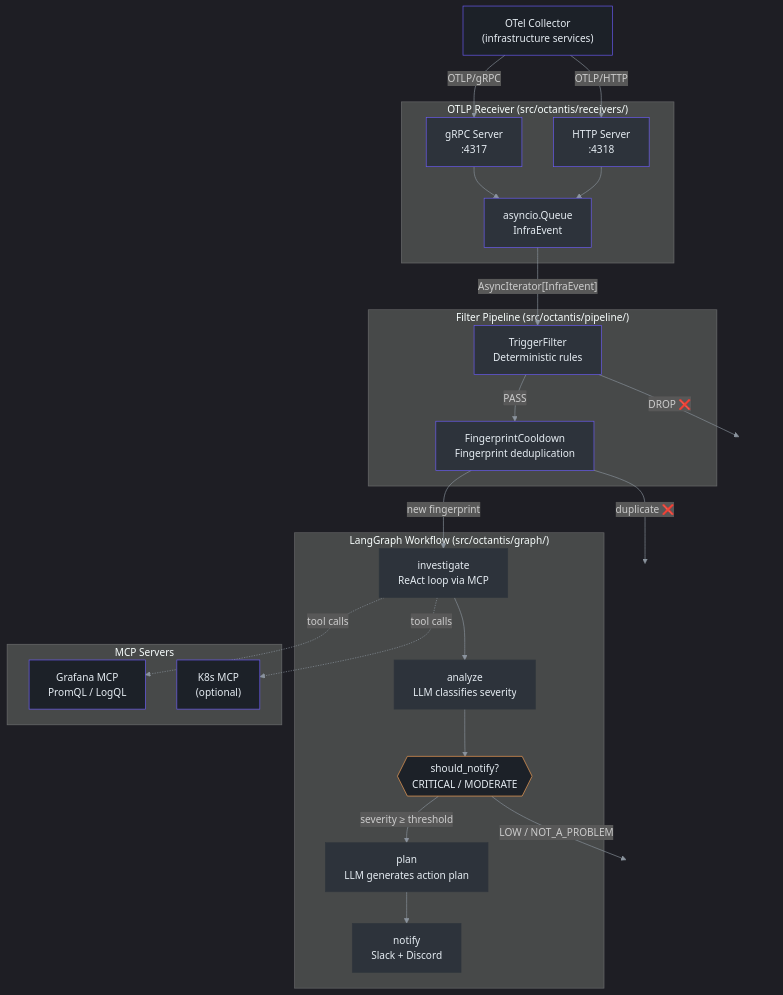
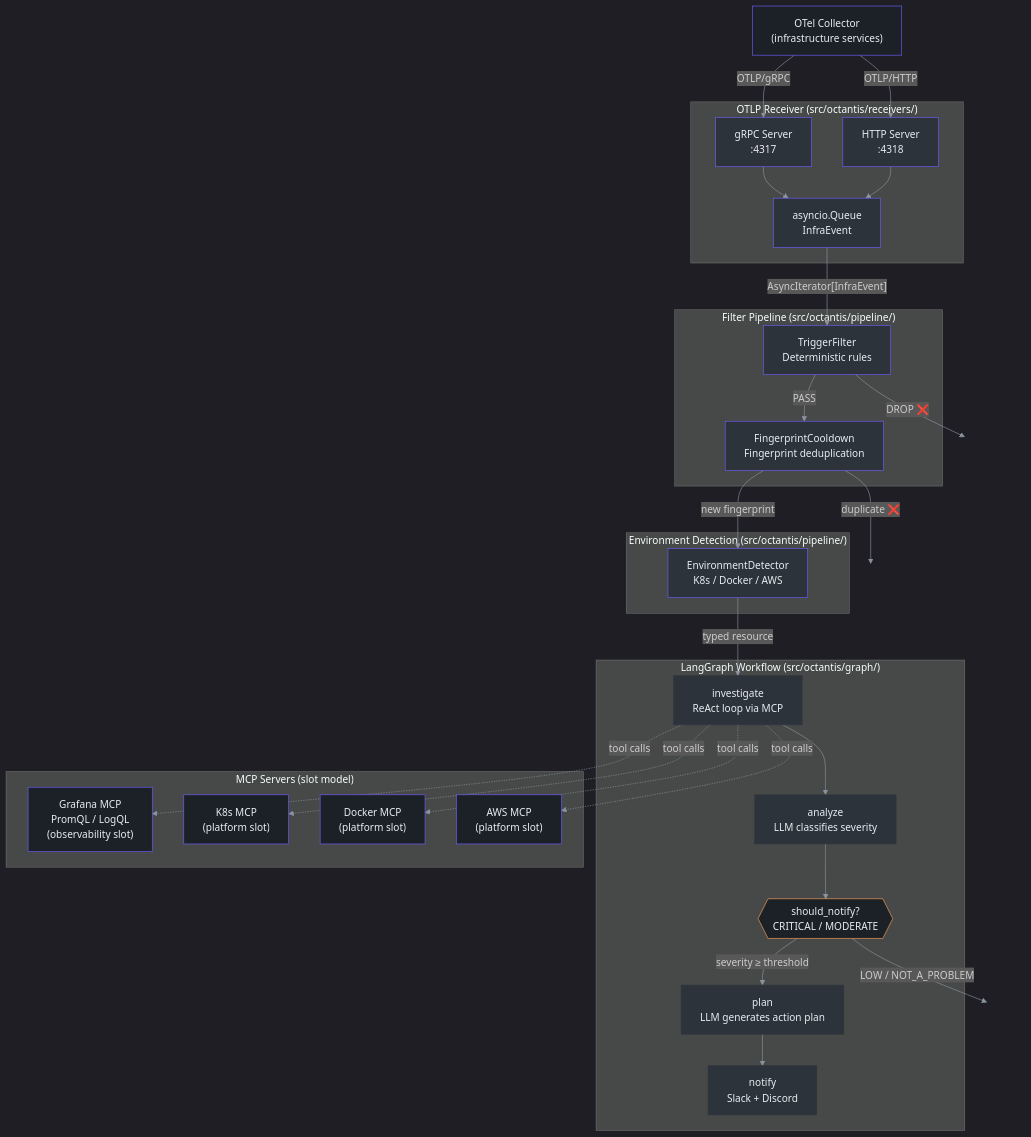
The first of 2 diagrams in .github/OVERVIEW.md (Vinny1892/octantis), drawn with Mermaid before and after one commit. The commit also changed other lines of this file and 52 other files, not shown here.

````diff
--- a/.github/OVERVIEW.md
+++ b/.github/OVERVIEW.md
@@ -29,52 +29,61 @@
 ```mermaid
 %%{init: {"theme": "dark", "themeVariables": {"primaryColor": "#2d333b", "primaryBorderColor": "#6d5dfc", "primaryTextColor": "#e6edf3", "lineColor": "#8b949e", "secondaryColor": "#161b22", "tertiaryColor": "#1c2128"}}}%%
 flowchart TD
     OC["OTel Collector\n(infrastructure services)"]:::ext
 
     subgraph receiver["OTLP Receiver  (src/octantis/receivers/)"]
         GRPC["gRPC Server\n:4317"]:::pipe
         HTTP["HTTP Server\n:4318"]:::pipe
         QUEUE["asyncio.Queue\nInfraEvent"]:::pipe
     end
 
     subgraph pipeline["Filter Pipeline  (src/octantis/pipeline/)"]
         TF["TriggerFilter\nDeterministic rules"]:::pipe
         CD["FingerprintCooldown\nFingerprint deduplication"]:::pipe
     end
 
     subgraph agent["LangGraph Workflow  (src/octantis/graph/)"]
         INV["investigate\nReAct loop via MCP"]:::node
         AN["analyze\nLLM classifies severity"]:::node
         RT{{"should_notify?\nCRITICAL / MODERATE"}}:::cond
         PL["plan\nLLM generates action plan"]:::node
         NO["notify\nSlack + Discord"]:::node
     end
 
-    subgraph mcp["MCP Servers"]
-        GF["Grafana MCP\nPromQL / LogQL"]:::ext
-        K8["K8s MCP\n(optional)"]:::ext
+    subgraph detect["Environment Detection  (src/octantis/pipeline/)"]
+        ED["EnvironmentDetector\nK8s / Docker / AWS"]:::pipe
+    end
+
+    subgraph mcp["MCP Servers (slot model)"]
+        GF["Grafana MCP\nPromQL / LogQL\n(observability slot)"]:::ext
+        K8["K8s MCP\n(platform slot)"]:::ext
+        DK["Docker MCP\n(platform slot)"]:::ext
+        AW["AWS MCP\n(platform slot)"]:::ext
     end
 
     OC -->|"OTLP/gRPC"| GRPC
     OC -->|"OTLP/HTTP"| HTTP
     GRPC --> QUEUE
     HTTP --> QUEUE
     QUEUE -->|"AsyncIterator[InfraEvent]"| TF
     TF -->|"PASS"| CD
     TF -->|"DROP ❌"| VOID1[" "]:::void
-    CD -->|"new fingerprint"| INV
+    CD -->|"new fingerprint"| ED
     CD -->|"duplicate ❌"| VOID2[" "]:::void
+    ED -->|"typed resource"| INV
     INV -.->|"tool calls"| GF
     INV -.->|"tool calls"| K8
+    INV -.->|"tool calls"| DK
+    INV -.->|"tool calls"| AW
     INV --> AN
     AN --> RT
     RT -->|"severity ≥ threshold"| PL
     RT -->|"LOW / NOT_A_PROBLEM"| END1[" "]:::void
     PL --> NO
 
     classDef ext fill:#1c2128,stroke:#6d5dfc,color:#e6edf3
     classDef pipe fill:#2d333b,stroke:#6d5dfc,color:#e6edf3
     classDef node fill:#2d333b,stroke:#30363d,color:#e6edf3
     classDef cond fill:#1c2128,stroke:#ffa657,color:#e6edf3
     classDef void fill:none,stroke:none
 ```
````
